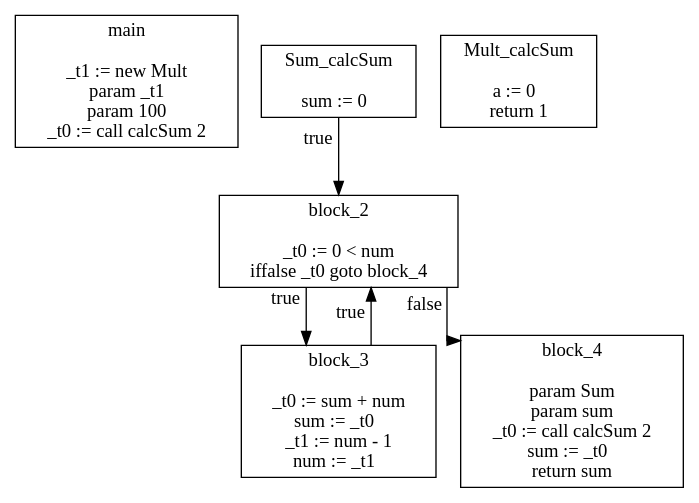
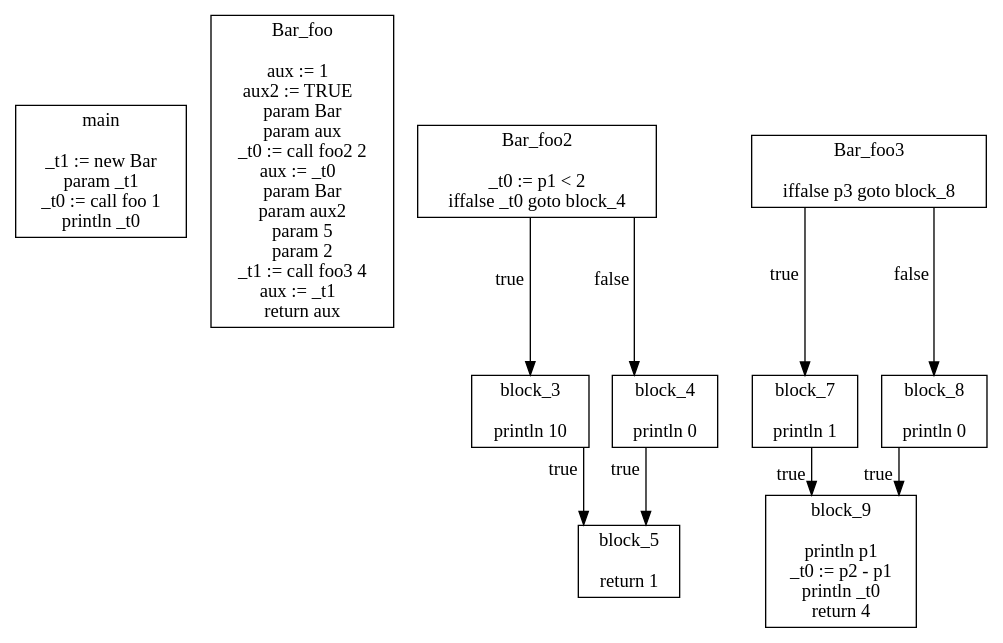
One commit to RealNexa/DV1655-compiler changed the diagram in getting_started/CFG.dot. Above: the diagram before and after it, drawn with Graphviz. The commit also changed 7 other files, not shown here.

```diff
--- a/getting_started/CFG.dot
+++ b/getting_started/CFG.dot
@@ -1,32 +1,51 @@
 digraph {
 graph [splines=ortho]
 node [shape=box]
-main [label="main\n\n_t1 := new Mult
+main [label="main\n\n_t1 := new Bar
 param _t1
-param 100
-_t0 := call calcSum 2
+_t0 := call foo 1
+println _t0
 "];
-Sum_calcSum [label="Sum_calcSum\n\nsum := 0  
+Bar_foo [label="Bar_foo\n\naux := 1  
+aux2 := TRUE  
+param Bar
+param aux
+_t0 := call foo2 2
+aux := _t0  
+param Bar
+param aux2
+param 5
+param 2
+_t1 := call foo3 4
+aux := _t1  
+return aux
 "];
-Sum_calcSum->block_2 [xlabel="true"];
-block_2 [label="block_2\n\n_t0 := 0 < num
+Bar_foo2 [label="Bar_foo2\n\n_t0 := p1 < 2
 iffalse _t0 goto block_4
 "];
-block_2->block_3 [xlabel="true"];
-block_3 [label="block_3\n\n_t0 := sum + num
-sum := _t0  
-_t1 := num - 1
-num := _t1  
+Bar_foo2->block_3 [xlabel="true"];
+block_3 [label="block_3\n\nprintln 10
 "];
-block_3->block_2 [xlabel="true"];
-block_2->block_4 [xlabel="false"];
-block_4 [label="block_4\n\nparam Sum
-param sum
-_t0 := call calcSum 2
-sum := _t0  
-return sum
+block_3->block_5 [xlabel="true"];
+block_5 [label="block_5\n\nreturn 1
 "];
-Mult_calcSum [label="Mult_calcSum\n\na := 0  
-return 1
+Bar_foo2->block_4 [xlabel="false"];
+block_4 [label="block_4\n\nprintln 0
 "];
+block_4->block_5 [xlabel="true"];
+Bar_foo3 [label="Bar_foo3\n\niffalse p3 goto block_8
+"];
+Bar_foo3->block_7 [xlabel="true"];
+block_7 [label="block_7\n\nprintln 1
+"];
+block_7->block_9 [xlabel="true"];
+block_9 [label="block_9\n\nprintln p1
+_t0 := p2 - p1
+println _t0
+return 4
+"];
+Bar_foo3->block_8 [xlabel="false"];
+block_8 [label="block_8\n\nprintln 0
+"];
+block_8->block_9 [xlabel="true"];
 }
```
